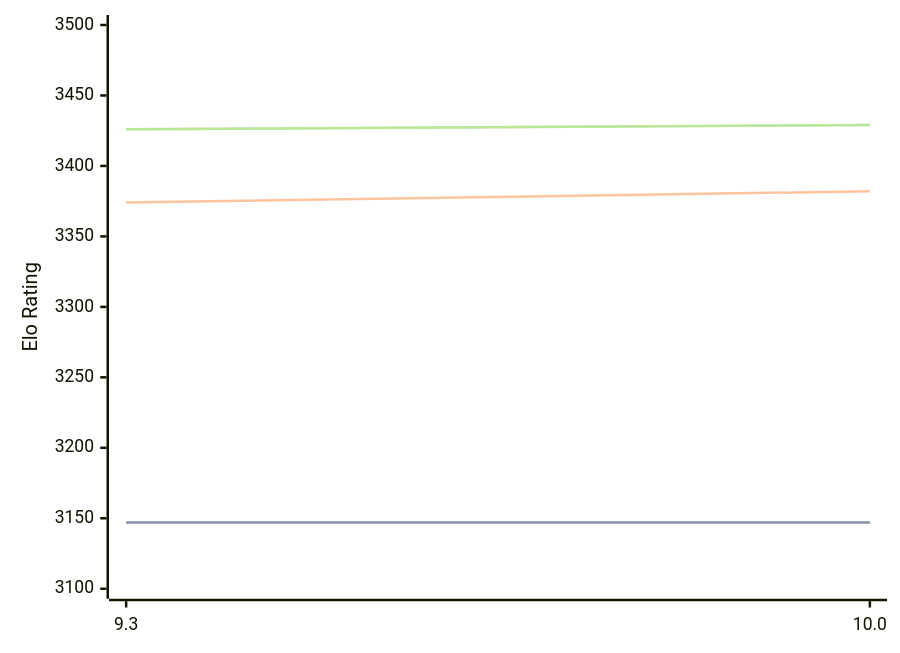
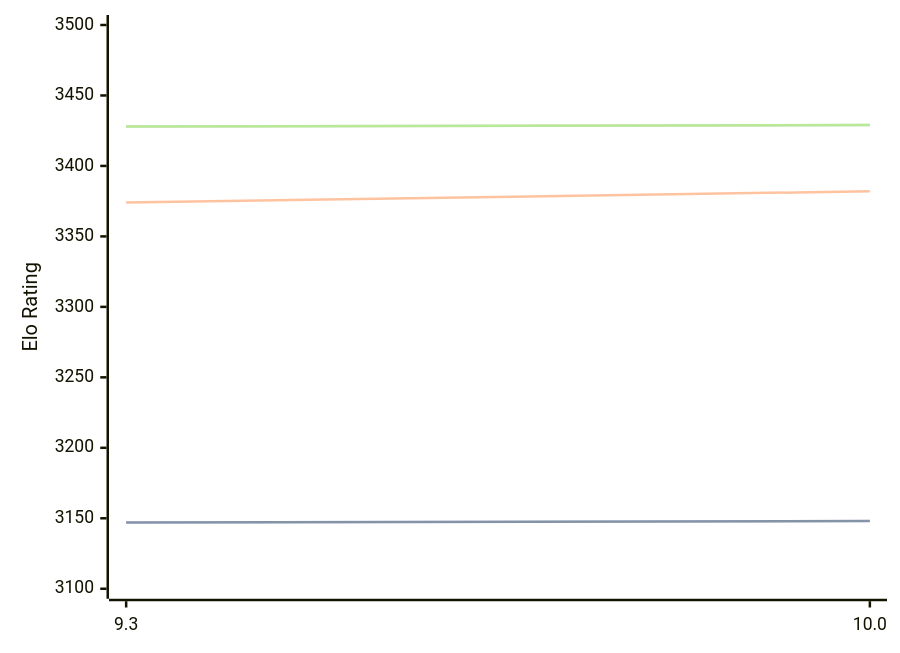
Before and after one commit to computer-chess-index/cci: the diagram in engines/Fire.md, drawn with Mermaid. The commit also changed other lines of this file, not shown here.

Commit message:
Update CCI Ratings (ELO VLTC) - 2026-08-29

````diff
--- a/engines/Fire.md
+++ b/engines/Fire.md
@@ -32,11 +32,11 @@
 ```mermaid
 %%{init: {"theme":"base","themeVariables":{"seriesColors:['#a3a3a3','#222221','#faa371']}}}%%
 xychart-beta
   x-axis ["9.3", "10.0"]
   y-axis "Elo Rating" 3100 --> 3500
-  line "" [3147, 3147]
-  line "STC (8.0+0.08s)" [3147, 3147]
+  line "" [3147, 3148]
+  line "STC (8.0+0.08s)" [3147, 3148]
   line "LTC (60.0+0.60s)" [3374, 3382]
-  line "" [3426, 3429]
-  line "VLTC (2m24s+1.12s)" [3426, 3429]
+  line "" [3428, 3429]
+  line "VLTC (2m24s+1.12s)" [3428, 3429]
 ```
````
